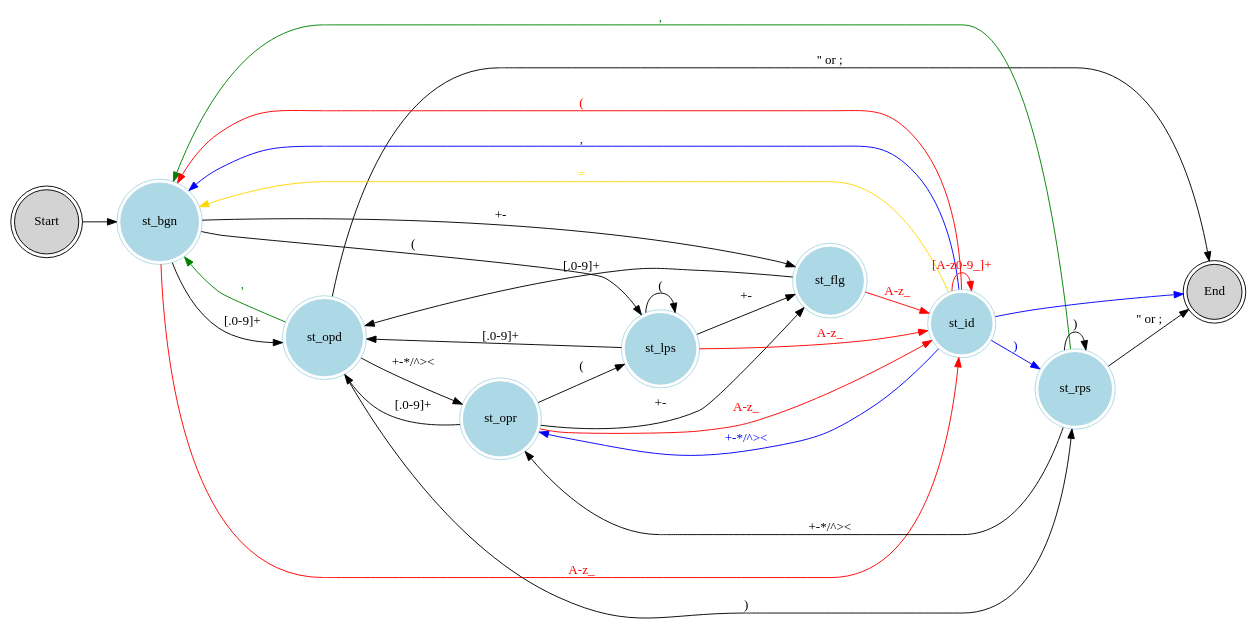
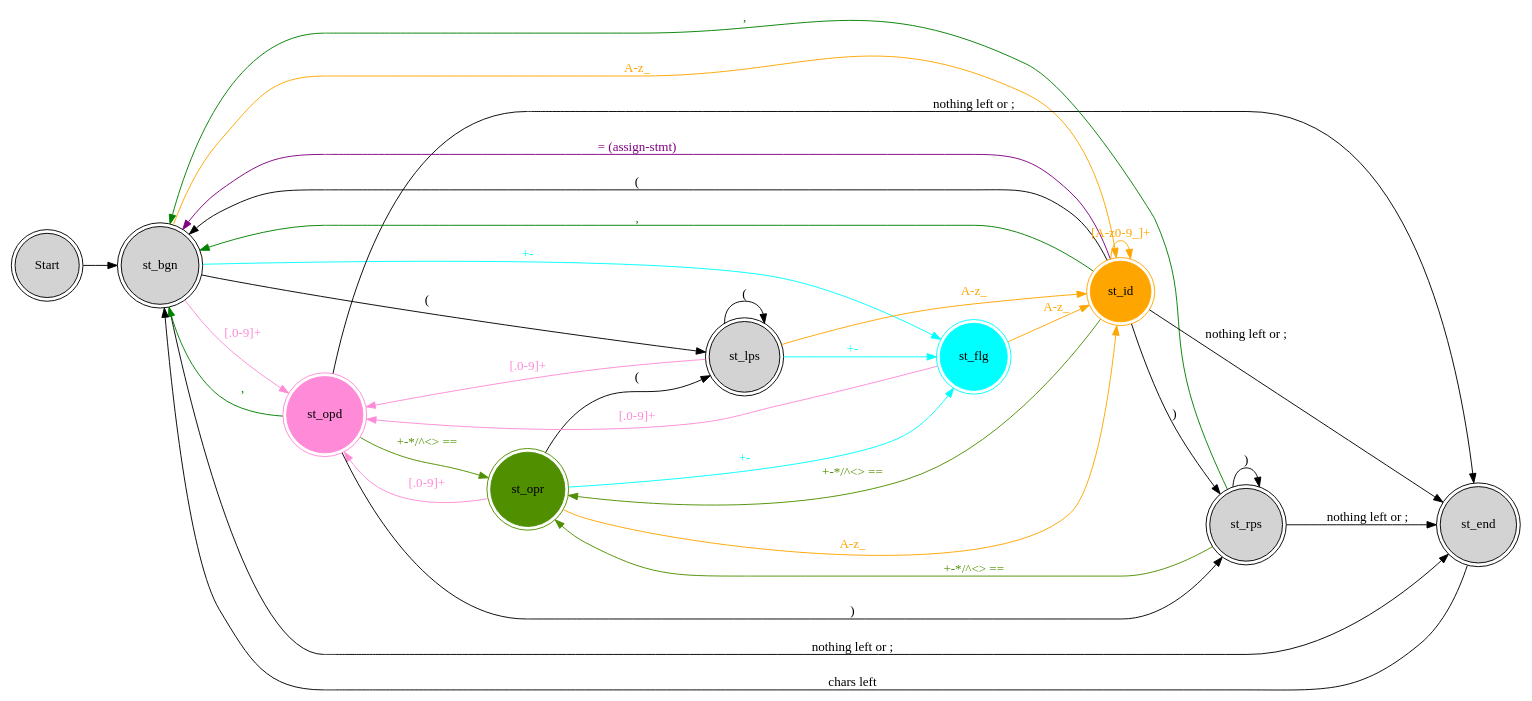
Before and after one commit to jacoolee/calc: the diagram in state_transition.dot, drawn with Graphviz. The commit also changed 4 other files, not shown here.

```diff
--- a/state_transition.dot
+++ b/state_transition.dot
@@ -1,58 +1,60 @@
 digraph G {
 
     rankdir=LR;
 
     {
 
         st_start [shape=circle,peripheries=2,style=filled, label="Start"]
-        st_bgn [shape=circle,peripheries=2,color=lightblue,style=filled,label="st_bgn"]
-        st_opr [shape=circle,peripheries=2,color=lightblue,style=filled,label="st_opr"]
-        st_opd [shape=circle,peripheries=2,color=lightblue,style=filled,label="st_opd"]
-        st_lps [shape=circle,peripheries=2,color=lightblue,style=filled,label="st_lps"]
-        st_rps [shape=circle,peripheries=2,color=lightblue,style=filled,label="st_rps"]
-        st_flg [shape=circle,peripheries=2,color=lightblue,style=filled,label="st_flg"]
-        st_id  [shape=circle,peripheries=2,color=lightblue,style=filled,label="st_id"]
-        st_end [shape=circle,peripheries=2,style=filled,label="End"]
+        st_bgn [shape=circle,peripheries=2,style=filled,label="st_bgn"]
+        st_opr [shape=circle,peripheries=2,color="#4f8f00",style=filled,label="st_opr"]
+        st_opd [shape=circle,peripheries=2,color="#ff8ad8",style=filled,label="st_opd"]
+        st_lps [shape=circle,peripheries=2,style=filled,label="st_lps"]
+        st_rps [shape=circle,peripheries=2,style=filled,label="st_rps"]
+        st_flg [shape=circle,peripheries=2,color="cyan",style=filled,label="st_flg"]
+        st_id  [shape=circle,peripheries=2,color="orange",style=filled,label="st_id"]
+        st_end [shape=circle,peripheries=2,style=filled,label="st_end"]
 
         st_start -> st_bgn;
 
-        st_bgn -> st_opd[label="[.0-9]+"];
+        st_bgn -> st_opd[label="[.0-9]+", color="#ff8ad8", fontcolor="#ff8ad8"];
         st_bgn -> st_lps[label="("];
-        st_bgn -> st_flg[label="+-"];
-        st_bgn -> st_id[label="A-z_", color="red", fontcolor="red"];
+        st_bgn -> st_flg[label="+-",color="cyan",fontcolor="cyan"];
+        st_bgn -> st_id[label="A-z_", color="orange", fontcolor="orange"];
+        st_bgn -> st_end[label="nothing left or ;"];
 
-        st_opd -> st_opr[label="+-*/^><"];
+        st_opd -> st_opr[label="+-*/^<> ==", color="#4f8f00", fontcolor="#4f8f00"];
         st_opd -> st_rps[label=")"];
         st_opd -> st_bgn[label=",", color="green", fontcolor="green"];
-        st_opd -> st_end[label="'' or ;"];
+        st_opd -> st_end[label="nothing left or ;"];
 
-        st_opr -> st_opd[label="[.0-9]+"];
+        st_opr -> st_opd[label="[.0-9]+", color="#ff8ad8", fontcolor="#ff8ad8"];
         st_opr -> st_lps[label="("];
-        st_opr -> st_flg[label="+-"];
-        st_opr -> st_id[label="A-z_", color="red", fontcolor="red"];
+        st_opr -> st_flg[label="+-",color="cyan",fontcolor="cyan"];
+        st_opr -> st_id[label="A-z_", color="orange", fontcolor="orange"];
 
-        st_lps -> st_opd[label="[.0-9]+"];
+        st_lps -> st_opd[label="[.0-9]+", color="#ff8ad8", fontcolor="#ff8ad8"];
         st_lps -> st_lps[label="("];
-        st_lps -> st_flg[label="+-"];
-        st_lps -> st_id[label="A-z_", color="red", fontcolor="red"];
+        st_lps -> st_flg[label="+-",color="cyan",fontcolor="cyan"];
+        st_lps -> st_id[label="A-z_", color="orange", fontcolor="orange"];
 
-        st_rps -> st_opr[label="+-*/^><"];
+        st_rps -> st_opr[label="+-*/^<> ==", color="#4f8f00", fontcolor="#4f8f00"];
         st_rps -> st_rps[label=")"];
         st_rps -> st_bgn[label=",", color="green", fontcolor="green"];
-        st_rps -> st_end[label="'' or ;"];
+        st_rps -> st_end[label="nothing left or ;"];
 
-        st_flg -> st_opd[label="[.0-9]+"];
-        st_flg -> st_id[label="A-z_", color="red", fontcolor="red"];
+        st_flg -> st_opd[label="[.0-9]+", color="#ff8ad8", fontcolor="#ff8ad8"];
+        st_flg -> st_id[label="A-z_", color="orange", fontcolor="orange"];
 
-        st_id -> st_id[label="[A-z0-9_]+", color="red", fontcolor="red"];
-        st_id -> st_bgn[label="(", color="red", fontcolor="red"];
+        st_id -> st_id[label="[A-z0-9_]+", color="orange", fontcolor="orange"];
+        st_id -> st_bgn[label="("];
 
-        st_id -> st_opr[label="+-*/^><", color="blue", fontcolor="blue"];
-        st_id -> st_rps[label=")", color="blue", fontcolor="blue"];
-        st_id -> st_bgn[label=",", color="blue", fontcolor="blue"];
-        st_id -> st_end[label="", color="blue", fontcolor="blue"];
+        st_id -> st_opr[label="+-*/^<> ==", color="#4f8f00", fontcolor="#4f8f00"];
+        st_id -> st_rps[label=")"];
+        st_id -> st_bgn[label=",", color="green", fontcolor="green"];
+        st_id -> st_end[label="nothing left or ;"];
 
+        st_end -> st_bgn[label="chars left"];
 
-        st_id -> st_bgn[label="=", color="gold", fontcolor="gold"];
+        st_id -> st_bgn[label="= (assign-stmt)", color="purple", fontcolor="purple"];
     }
 }
```
